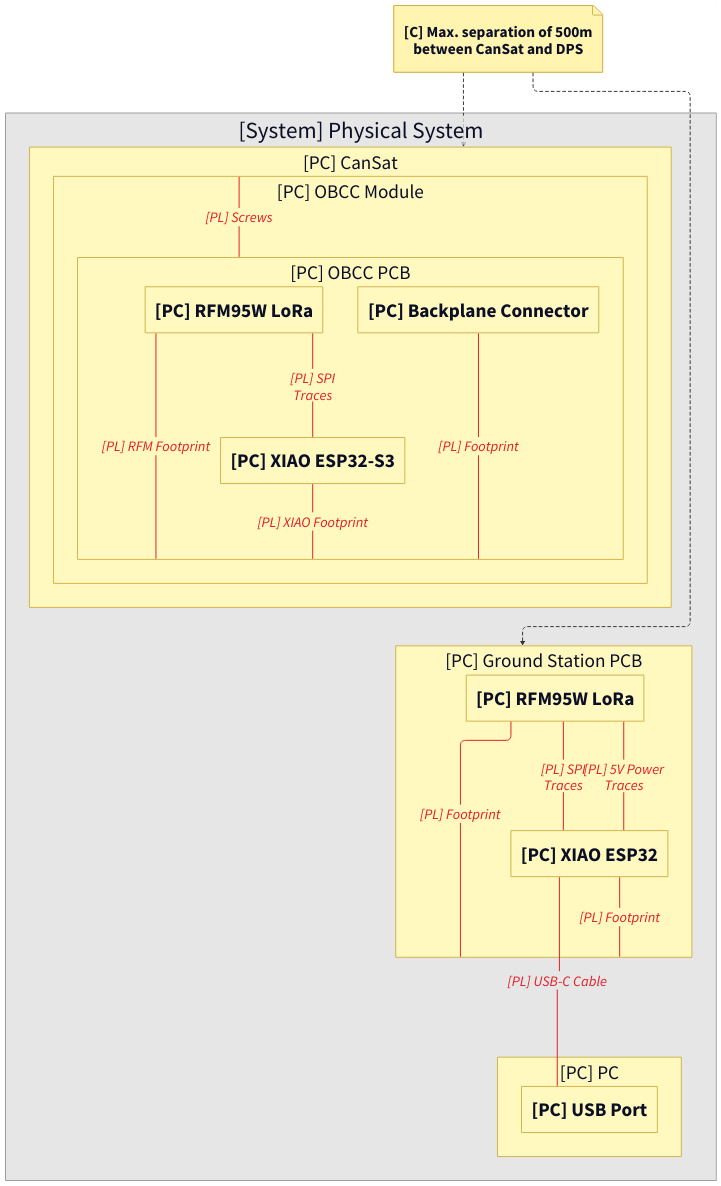
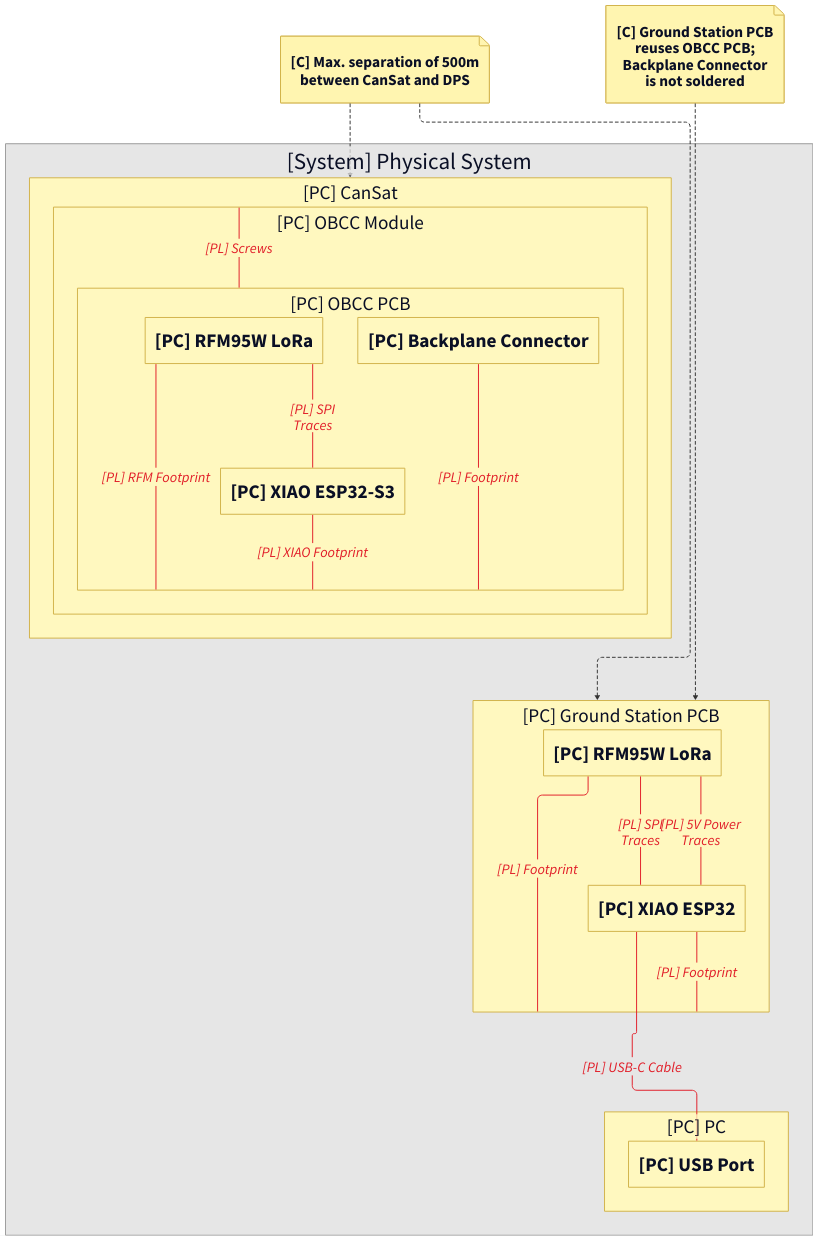
Before and after one commit to DeltaLabo/CanSatWorkshop: the diagram in DPS/MBSE/v1.0/DPS_v1.0_view1_physical.d2, drawn with D2. The commit also changed 48 other files, not shown here.

```diff
--- a/DPS/MBSE/v1.0/DPS_v1.0_view1_physical.d2
+++ b/DPS/MBSE/v1.0/DPS_v1.0_view1_physical.d2
@@ -1,110 +1,116 @@
 vars: {
   d2-config: {
     layout-engine: elk
   }
 }
 
 # Physical view
 # Keep the three physical bands from the Capella view: CanSat, ground station, and PC.
 direction: down
 
 classes: {
   func: {
     shape: rectangle
     style: { fill: "#BDFB9B"; stroke: "#166534"; stroke-width: 2; font-size: 36 }
   }
   lc: {
     style: {
       fill: "#A9C7E6"; stroke: "#5B65C9"; stroke-width: 2
       border-radius: 20; font-size: 40
     }
   }
   pc: {
     style: { fill: "#FFF8BF"; stroke: "#D1B24A"; stroke-width: 2; font-size: 40 }
   }
   sys: {
     style: { fill: "#E6E6E6"; stroke: "#9A9A9A"; stroke-width: 2; font-size: 48 }
   }
   ea: {
     shape: rectangle
     style: {
       fill: "#BFEAF4"; stroke: "#5B65C9"; stroke-width: 2
       border-radius: 20; font-size: 40
     }
   }
   note: { style: { fill: "#FFF5B0"; stroke: "#D1B24A"; font-size: 32 } }
   chain: {
     style: {
       fill: "#FFFFFF"; stroke: "#D1B24A"; stroke-width: 2
       border-radius: 20; font-size: 36
     }
   }
   fe:   { style: { stroke: "#1F7A4D"; font-color: "#1F7A4D"; stroke-width: 2; font-size: 30 } }
   ce:   { style: { stroke: "#5B65C9"; font-color: "#5B65C9"; stroke-width: 2; font-size: 30 } }
   pl:   { style: { stroke: "#E11D28"; font-color: "#E11D28"; stroke-width: 2; font-size: 30 } }
   cstr: { style: { stroke: "#333333"; stroke-dash: 3; font-size: 26 } }
 }
 
 system: "[System] Physical System" {
   class: sys
   direction: down
 
   cansat: "[PC] CanSat" {
     class: pc
     direction: down
 
     obcc_module: "[PC] OBCC Module" {
       class: pc
       direction: down
 
       obcc_pcb: "[PC] OBCC PCB" {
         class: pc
         direction: right
 
         cansat_rfm: "[PC] RFM95W LoRa" { class: pc }
         cansat_xiao: "[PC] XIAO ESP32-S3" { class: pc }
         cansat_backplane_connector: "[PC] Backplane Connector" { class: pc }
       }
     }
   }
 
   ground_station_pcb: "[PC] Ground Station PCB" {
     class: pc
     direction: right
 
     ground_rfm: "[PC] RFM95W LoRa" { class: pc }
     ground_xiao: "[PC] XIAO ESP32" { class: pc }
   }
 
   pc: "[PC] PC" {
     class: pc
     direction: down
 
     usb_port: "[PC] USB Port" { class: pc }
   }
 }
 
 note_separation: "[C] Max. separation of 500m\nbetween CanSat and DPS" {
   class: note
   shape: page
 }
 
+note_ground_pcb_reuse: "[C] Ground Station PCB\nreuses OBCC PCB;\nBackplane Connector\nis not soldered" {
+  class: note
+  shape: page
+}
+
 system.cansat.obcc_module -- system.cansat.obcc_module.obcc_pcb: "[PL] Screws" { class: pl }
 system.cansat.obcc_module.obcc_pcb.cansat_rfm -- system.cansat.obcc_module.obcc_pcb: "[PL] RFM Footprint" { class: pl }
 system.cansat.obcc_module.obcc_pcb.cansat_xiao -- system.cansat.obcc_module.obcc_pcb: "[PL] XIAO Footprint" { class: pl }
 system.cansat.obcc_module.obcc_pcb.cansat_backplane_connector -- system.cansat.obcc_module.obcc_pcb: "[PL] Footprint" { class: pl }
 system.cansat.obcc_module.obcc_pcb.cansat_rfm -- system.cansat.obcc_module.obcc_pcb.cansat_xiao: "[PL] SPI\nTraces" { class: pl }
 
 system.ground_station_pcb.ground_rfm -- system.ground_station_pcb: "[PL] Footprint" { class: pl }
 system.ground_station_pcb.ground_xiao -- system.ground_station_pcb: "[PL] Footprint" { class: pl }
 system.ground_station_pcb.ground_rfm -- system.ground_station_pcb.ground_xiao: "[PL] SPI\nTraces" { class: pl }
 system.ground_station_pcb.ground_rfm -- system.ground_station_pcb.ground_xiao: "[PL] 5V Power\nTraces" { class: pl }
 
 system.ground_station_pcb.ground_xiao -- system.pc.usb_port: "[PL] USB-C Cable" { class: pl }
 
 note_separation -> system.cansat { class: cstr }
 note_separation -> system.ground_station_pcb { class: cstr }
+note_ground_pcb_reuse -> system.ground_station_pcb { class: cstr }
 
 # Layout-only edges to keep the physical bands stacked.
 system.cansat -> system.ground_station_pcb { style: { opacity: 0 } }
 system.ground_station_pcb -> system.pc { style: { opacity: 0 } }
```
